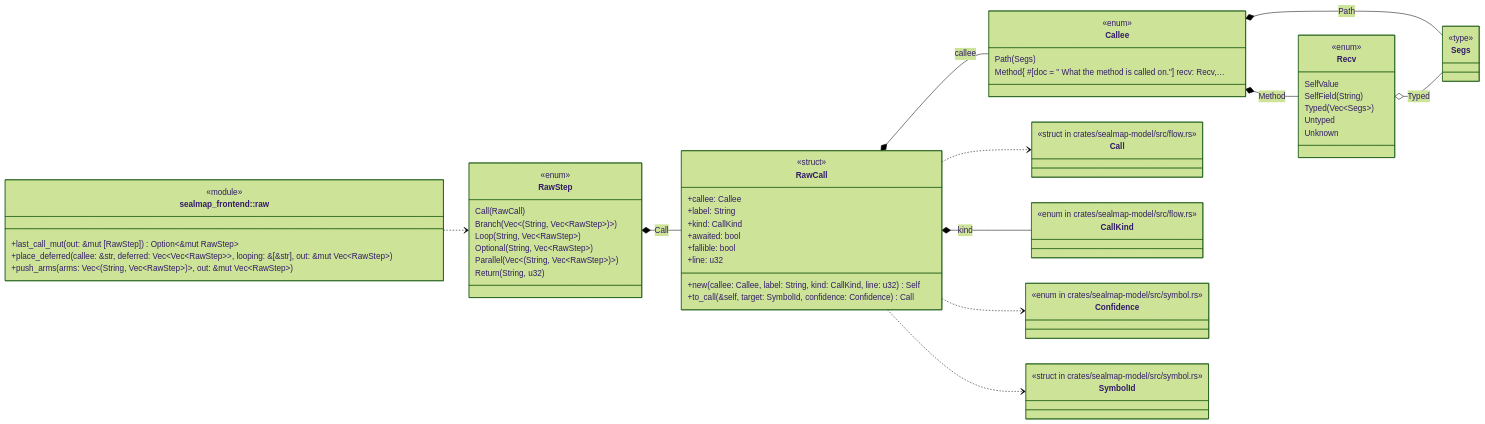
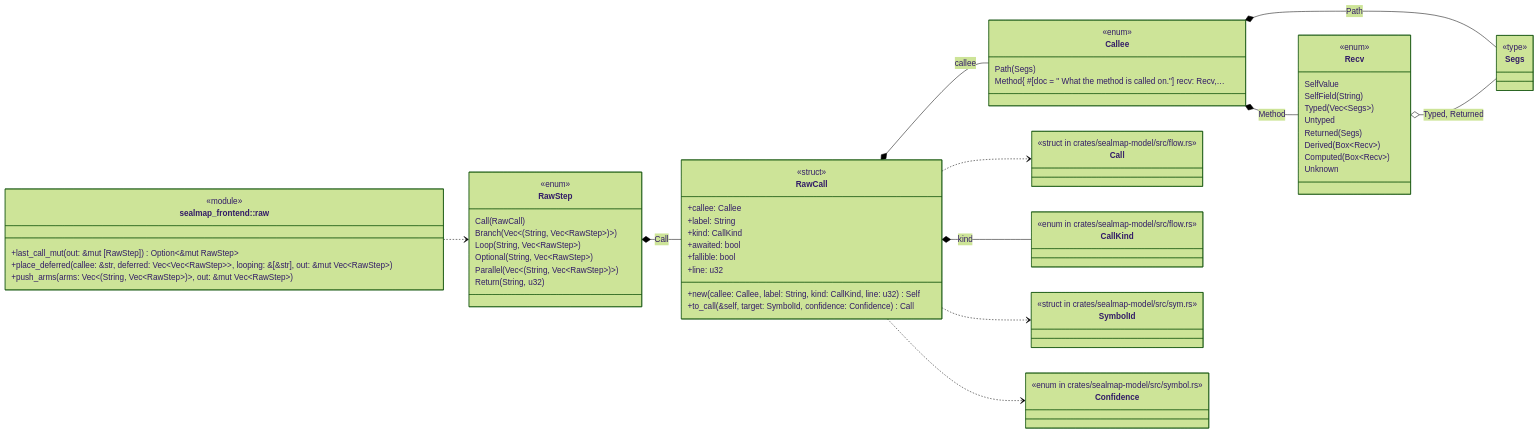
The first of 2 diagrams in docs/sealmap/crates/sealmap-frontend/src/raw.rs.md (DreamLab-AI/codemaid), drawn with Mermaid (forest theme) before and after one commit. The commit also changed other lines of this file and 45 other files, not shown here.

First line of the commit message:
docs: regenerate the self-corpus for sym: ids and schema v2

````diff
--- a/docs/sealmap/crates/sealmap-frontend/src/raw.rs.md
+++ b/docs/sealmap/crates/sealmap-frontend/src/raw.rs.md
@@ -14,68 +14,71 @@
 ```mermaid
 classDiagram
   direction LR
-  class sealmap_frontend__raw__Callee["Callee"] {
+  class sealmap_frontend__raw___tCallee["Callee"] {
     <<enum>>
     Path#40;Segs#41;
     Method#123; #35;[doc = #quot; What the method is called on.#quot;] recv: Recv,…
   }
-  class sealmap_frontend__raw__RawCall["RawCall"] {
+  class sealmap_frontend__raw___tRawCall["RawCall"] {
     <<struct>>
     +callee: Callee
     +label: String
     +kind: CallKind
     +awaited: bool
     +fallible: bool
     +line: u32
     +new(callee: Callee, label: String, kind: CallKind, line: u32) Self
     +to_call(&self, target: SymbolId, confidence: Confidence) Call
   }
-  class sealmap_frontend__raw__RawStep["RawStep"] {
+  class sealmap_frontend__raw___tRawStep["RawStep"] {
     <<enum>>
     Call#40;RawCall#41;
     Branch#40;Vec#lt;#40;String, Vec#lt;RawStep#gt;#41;#gt;#41;
     Loop#40;String, Vec#lt;RawStep#gt;#41;
     Optional#40;String, Vec#lt;RawStep#gt;#41;
     Parallel#40;Vec#lt;#40;String, Vec#lt;RawStep#gt;#41;#gt;#41;
     Return#40;String, u32#41;
   }
-  class sealmap_frontend__raw__Recv["Recv"] {
+  class sealmap_frontend__raw___tRecv["Recv"] {
     <<enum>>
     SelfValue
     SelfField#40;String#41;
     Typed#40;Vec#lt;Segs#gt;#41;
     Untyped
+    Returned#40;Segs#41;
+    Derived#40;Box#lt;Recv#gt;#41;
+    Computed#40;Box#lt;Recv#gt;#41;
     Unknown
   }
-  class sealmap_frontend__raw__Segs["Segs"] {
+  class sealmap_frontend__raw___tSegs["Segs"] {
     <<type>>
   }
   class sealmap_frontend__raw["sealmap_frontend::raw"] {
     <<module>>
     +last_call_mut(out: &mut [RawStep]) Option#lt;&mut RawStep#gt;
     +place_deferred(callee: &str, deferred: Vec#lt;Vec#lt;RawStep#gt;#gt;, looping: &[&str], out: &mut Vec#lt;RawStep#gt;)
     +push_arms(arms: Vec#lt;#40;String, Vec#lt;RawStep#gt;#41;#gt;, out: &mut Vec#lt;RawStep#gt;)
   }
-  class sealmap_model__flow__Call["Call"] {
+  class sealmap_model__flow___tCall["Call"] {
     <<struct in crates/sealmap-model/src/flow.rs>>
   }
-  class sealmap_model__flow__CallKind["CallKind"] {
+  class sealmap_model__flow___tCallKind["CallKind"] {
     <<enum in crates/sealmap-model/src/flow.rs>>
   }
-  class sealmap_model__symbol__Confidence["Confidence"] {
+  class sealmap_model__sym___tSymbolId["SymbolId"] {
+    <<struct in crates/sealmap-model/src/sym.rs>>
+  }
+  class sealmap_model__symbol___tConfidence["Confidence"] {
     <<enum in crates/sealmap-model/src/symbol.rs>>
   }
-  class sealmap_model__symbol__SymbolId["SymbolId"] {
-    <<struct in crates/sealmap-model/src/symbol.rs>>
-  }
-  sealmap_frontend__raw ..> sealmap_frontend__raw__RawStep
-  sealmap_frontend__raw__Callee *-- sealmap_frontend__raw__Recv : Method
-  sealmap_frontend__raw__Callee *-- sealmap_frontend__raw__Segs : Path
-  sealmap_frontend__raw__RawCall *-- sealmap_frontend__raw__Callee : callee
-  sealmap_frontend__raw__RawCall ..> sealmap_model__flow__Call
-  sealmap_frontend__raw__RawCall *-- sealmap_model__flow__CallKind : kind
-  sealmap_frontend__raw__RawCall ..> sealmap_model__symbol__Confidence
-  sealmap_frontend__raw__RawCall ..> sealmap_model__symbol__SymbolId
-  sealmap_frontend__raw__RawStep *-- sealmap_frontend__raw__RawCall : Call
-  sealmap_frontend__raw__Recv o-- sealmap_frontend__raw__Segs : Typed
+  sealmap_frontend__raw ..> sealmap_frontend__raw___tRawStep
+  sealmap_frontend__raw___tCallee *-- sealmap_frontend__raw___tRecv : Method
+  sealmap_frontend__raw___tCallee *-- sealmap_frontend__raw___tSegs : Path
+  sealmap_frontend__raw___tRawCall *-- sealmap_frontend__raw___tCallee : callee
+  sealmap_frontend__raw___tRawCall ..> sealmap_model__flow___tCall
+  sealmap_frontend__raw___tRawCall *-- sealmap_model__flow___tCallKind : kind
+  sealmap_frontend__raw___tRawCall ..> sealmap_model__sym___tSymbolId
+  sealmap_frontend__raw___tRawCall ..> sealmap_model__symbol___tConfidence
+  sealmap_frontend__raw___tRawStep *-- sealmap_frontend__raw___tRawCall : Call
+  sealmap_frontend__raw___tRecv o-- sealmap_frontend__raw___tSegs : Typed, Returned
 ```
````
